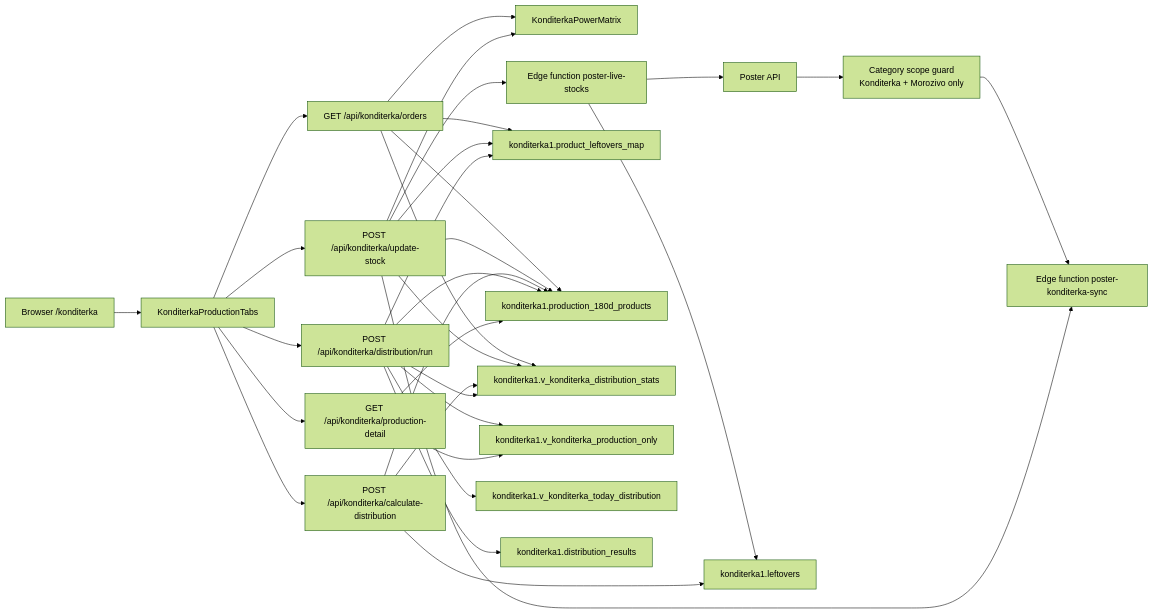
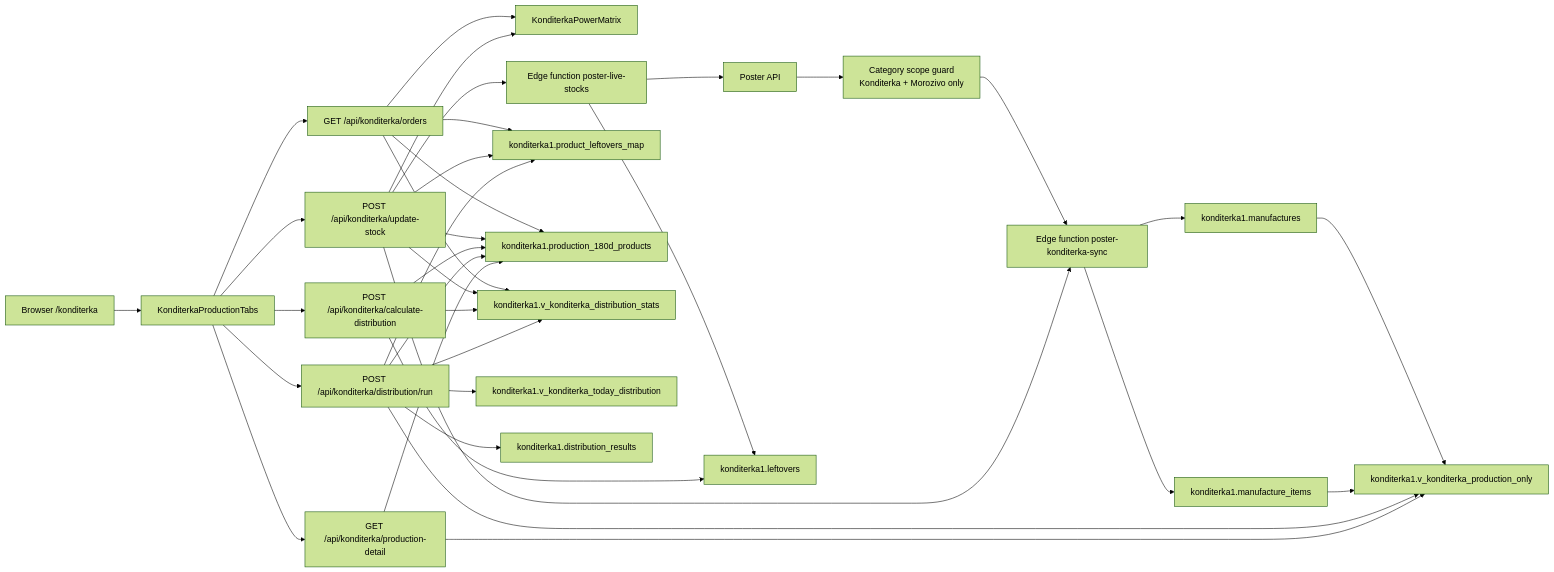
One commit to yobozavrik/operator_v2.2 changed the first of 5 diagrams in docs/konditerka-architecture-mermaid.md. Above: the diagram before and after it, drawn with Mermaid (forest theme). The commit also changed other lines of this file and 3 other files, not shown here.

````diff
--- a/docs/konditerka-architecture-mermaid.md
+++ b/docs/konditerka-architecture-mermaid.md
@@ -22,63 +24,69 @@
 ```mermaid
 flowchart LR
     browser["Browser /konditerka"]
     tabs["KonditerkaProductionTabs"]
     matrix["KonditerkaPowerMatrix"]
 
     orders["GET /api/konditerka/orders"]
     stock_update["POST /api/konditerka/update-stock"]
     dist_calc["POST /api/konditerka/calculate-distribution"]
     dist_run["POST /api/konditerka/distribution/run"]
     prod_detail["GET /api/konditerka/production-detail"]
 
     poster["Poster API"]
     scope["Category scope guard<br/>Konditerka + Morozivo only"]
     edge_stocks["Edge function poster-live-stocks"]
     edge_prod["Edge function poster-konditerka-sync"]
 
     leftovers["konditerka1.leftovers"]
+    live_headers["konditerka1.manufactures"]
+    live_items["konditerka1.manufacture_items"]
     map["konditerka1.product_leftovers_map"]
     catalog["konditerka1.production_180d_products"]
     dist_view["konditerka1.v_konditerka_distribution_stats"]
     prod_view["konditerka1.v_konditerka_production_only"]
     today_dist["konditerka1.v_konditerka_today_distribution"]
     results["konditerka1.distribution_results"]
 
     browser --> tabs
     tabs --> orders
     tabs --> stock_update
     tabs --> dist_run
     tabs --> prod_detail
     tabs --> dist_calc
 
     orders --> dist_view
     orders --> catalog
     orders --> map
 
     poster --> scope
     scope --> edge_prod
     stock_update --> edge_prod
     stock_update --> edge_stocks
     edge_stocks --> poster
     edge_stocks --> leftovers
+    edge_prod --> live_headers
+    edge_prod --> live_items
     stock_update --> map
     stock_update --> catalog
+    live_headers --> prod_view
+    live_items --> prod_view
     stock_update --> dist_view
 
     dist_calc --> dist_view
     dist_calc --> catalog
     dist_calc --> leftovers
 
     dist_run --> dist_view
     dist_run --> prod_view
     dist_run --> today_dist
     dist_run --> results
     dist_run --> map
     dist_run --> catalog
 
     prod_detail --> prod_view
     prod_detail --> catalog
 
     orders --> matrix
     stock_update --> matrix
 ```
````
